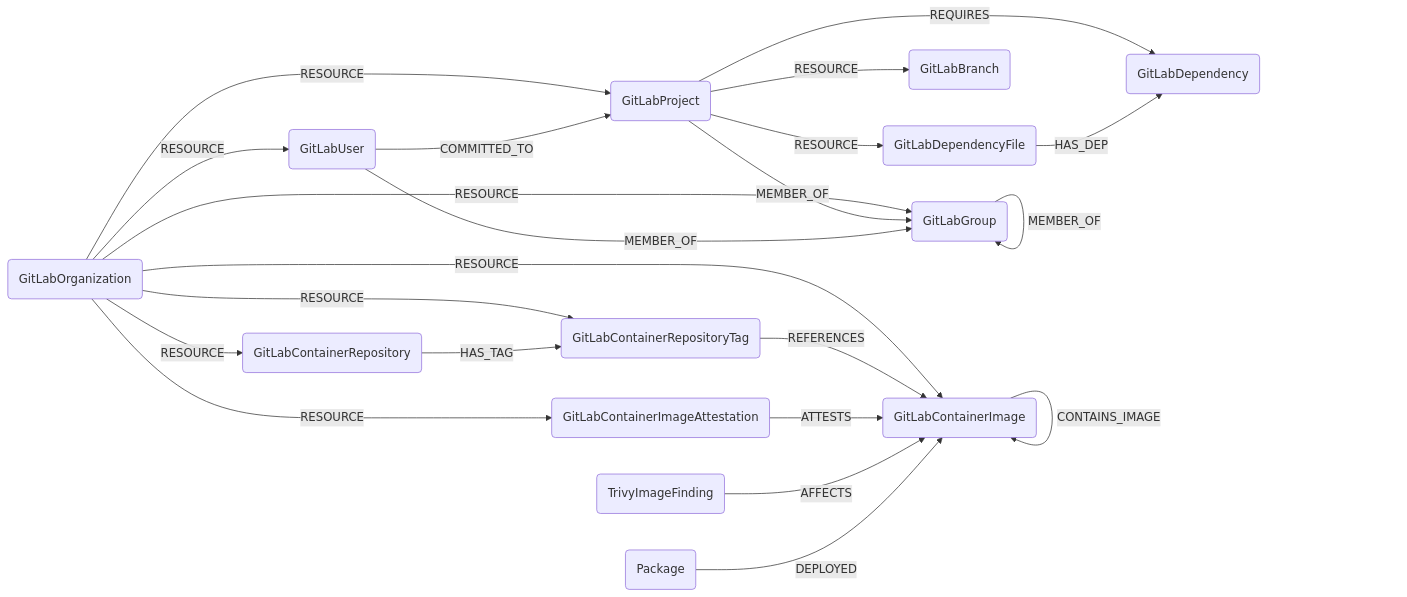
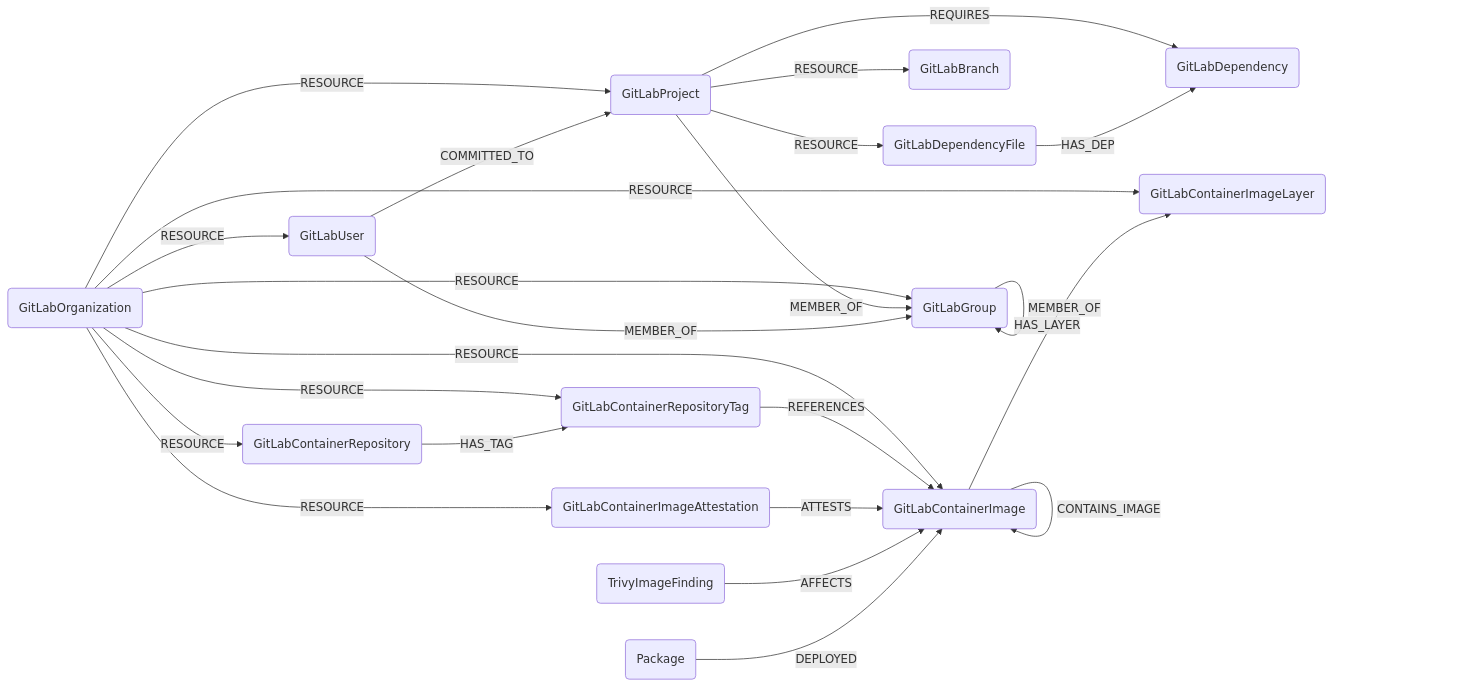
One commit to cartography-cncf/cartography changed the diagram in docs/root/modules/gitlab/schema.md. Above: the diagram before and after it, drawn with Mermaid. The commit also changed other lines of this file and 1 other file, not shown here.

Commit message:
add schema

````diff
--- a/docs/root/modules/gitlab/schema.md
+++ b/docs/root/modules/gitlab/schema.md
@@ -3,29 +3,31 @@
 ```mermaid
 graph LR
 
 O(GitLabOrganization) -- RESOURCE --> G(GitLabGroup)
 O -- RESOURCE --> P(GitLabProject)
 O -- RESOURCE --> U(GitLabUser)
 G -- MEMBER_OF --> G
 P -- MEMBER_OF --> G
 U -- MEMBER_OF --> G
 U -- COMMITTED_TO --> P
 P -- RESOURCE --> B(GitLabBranch)
 P -- RESOURCE --> DF(GitLabDependencyFile)
 P -- REQUIRES --> D(GitLabDependency)
 DF -- HAS_DEP --> D
 
 %% Container Registry
 O -- RESOURCE --> CR(GitLabContainerRepository)
 O -- RESOURCE --> CI(GitLabContainerImage)
+O -- RESOURCE --> CIL(GitLabContainerImageLayer)
 O -- RESOURCE --> CT(GitLabContainerRepositoryTag)
 O -- RESOURCE --> CA(GitLabContainerImageAttestation)
 CR -- HAS_TAG --> CT
 CT -- REFERENCES --> CI
 CI -- CONTAINS_IMAGE --> CI
+CI -- HAS_LAYER --> CIL
 CA -- ATTESTS --> CI
 
 %% Trivy Vulnerability Scanning
 TIF(TrivyImageFinding) -- AFFECTS --> CI
 PKG(Package) -- DEPLOYED --> CI
 ```
````
